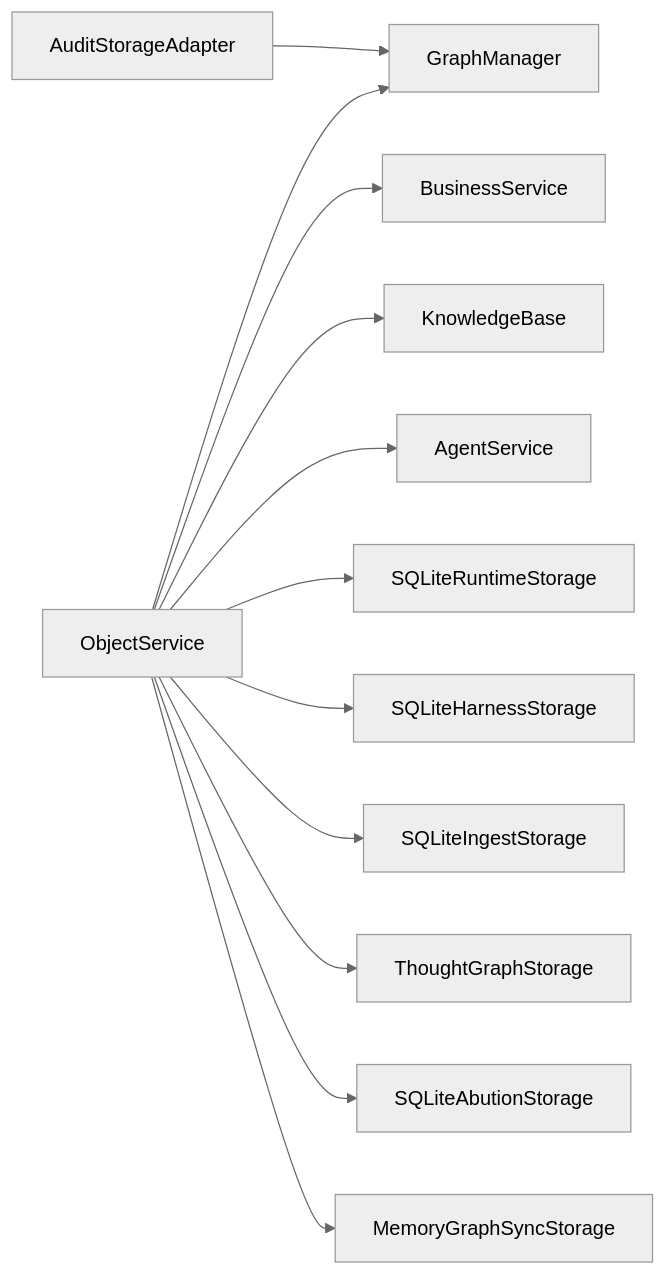
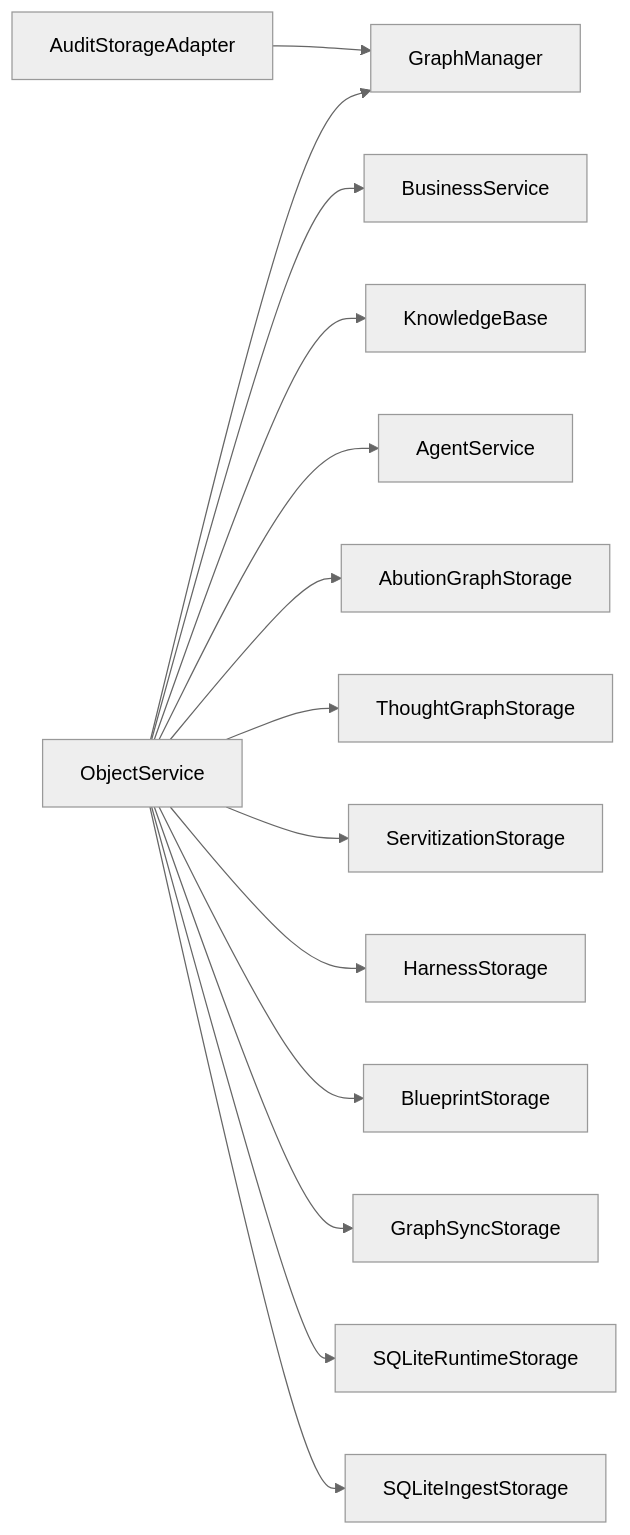
Before and after one commit to inier/ontology-graphiti: diagram 13 of 13 in .qoder/repowiki/zh/content/数据模型/存储策略.md, drawn with Mermaid (neutral theme). The commit also changed other lines of this file and 85 other files, not shown here.

````diff
--- a/.qoder/repowiki/zh/content/数据模型/存储策略.md
+++ b/.qoder/repowiki/zh/content/数据模型/存储策略.md
@@ -378,14 +661,16 @@
 ```mermaid
 graph LR
 OS["ObjectService"] --> GM["GraphManager"]
 OS --> BS["BusinessService"]
 OS --> KB["KnowledgeBase"]
 OS --> AS["AgentService"]
+OS --> AB["AbutionGraphStorage"]
+OS --> TG["ThoughtGraphStorage"]
+OS --> SV["ServitizationStorage"]
+OS --> HS["HarnessStorage"]
+OS --> BP["BlueprintStorage"]
+OS --> GS["GraphSyncStorage"]
 OS --> RT["SQLiteRuntimeStorage"]
-OS --> HS["SQLiteHarnessStorage"]
 OS --> IG["SQLiteIngestStorage"]
-OS --> TG["ThoughtGraphStorage"]
-OS --> AB["SQLiteAbutionStorage"]
-OS --> MS["MemoryGraphSyncStorage"]
 GA["AuditStorageAdapter"] --> GM
 ```
````
